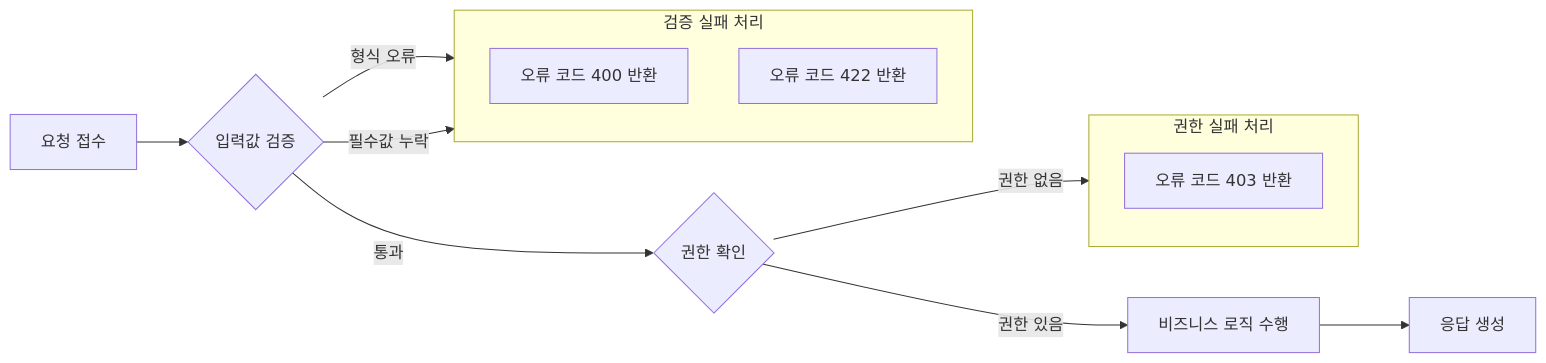
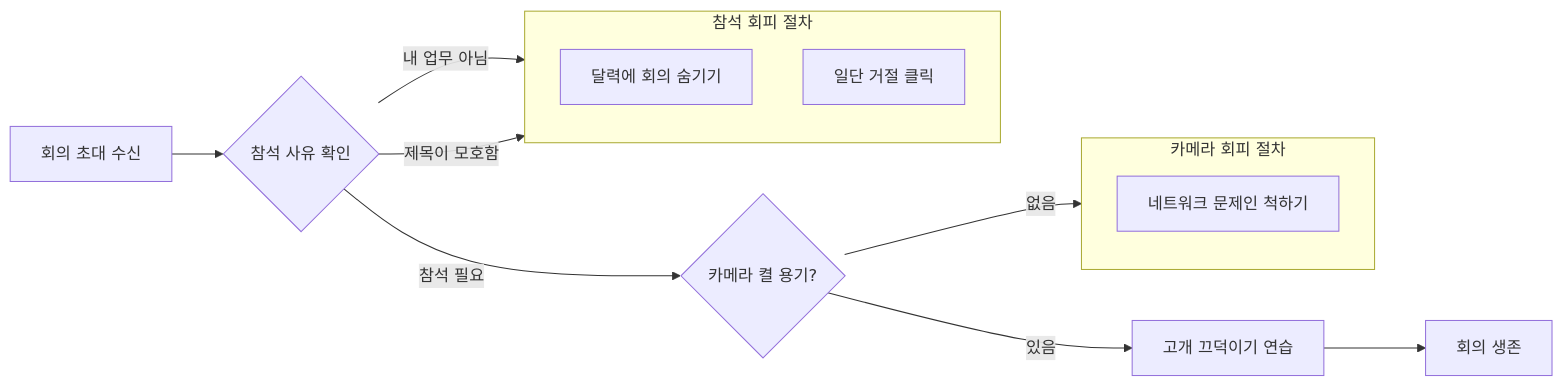
One commit to kimpro82/MyWebPractice changed the fourth of 6 diagrams in Mermaid/README.md. Above: the diagram before and after it, drawn with Mermaid. The commit also changed other lines of this file and 6 other files, not shown here.

Commit message:
Mermaid: Update flowcharts with new scenarios and improve node descriptions

````diff
--- a/Mermaid/README.md
+++ b/Mermaid/README.md
@@ -106,23 +106,23 @@
 ```mermaid
 flowchart LR
-    A[요청 접수] --> B{입력값 검증}
+    A[회의 초대 수신] --> B{참석 사유 확인}
 
-    subgraph VALIDATION["검증 실패 처리"]
+    subgraph VALIDATION["참석 회피 절차"]
         direction TB
-        C[오류 코드 400 반환]
-        D[오류 코드 422 반환]
+        C[달력에 회의 숨기기]
+        D["일단 거절" 클릭]
     end
 
-    B -->|형식 오류| C
-    B -->|필수값 누락| D
-    B -->|통과| E{권한 확인}
+    B -->|내 업무 아님| C
+    B -->|제목이 모호함| D
+    B -->|참석 필요| E{카메라 켤 용기?}
 
-    subgraph AUTH["권한 실패 처리"]
+    subgraph AUTH["카메라 회피 절차"]
         direction TB
-        F[오류 코드 403 반환]
+        F[네트워크 문제인 척하기]
     end
 
-    E -->|권한 없음| F
-    E -->|권한 있음| G[비즈니스 로직 수행]
-    G --> H[응답 생성]
+    E -->|없음| F
+    E -->|있음| G[고개 끄덕이기 연습]
+    G --> H[회의 생존]
 ```
````
